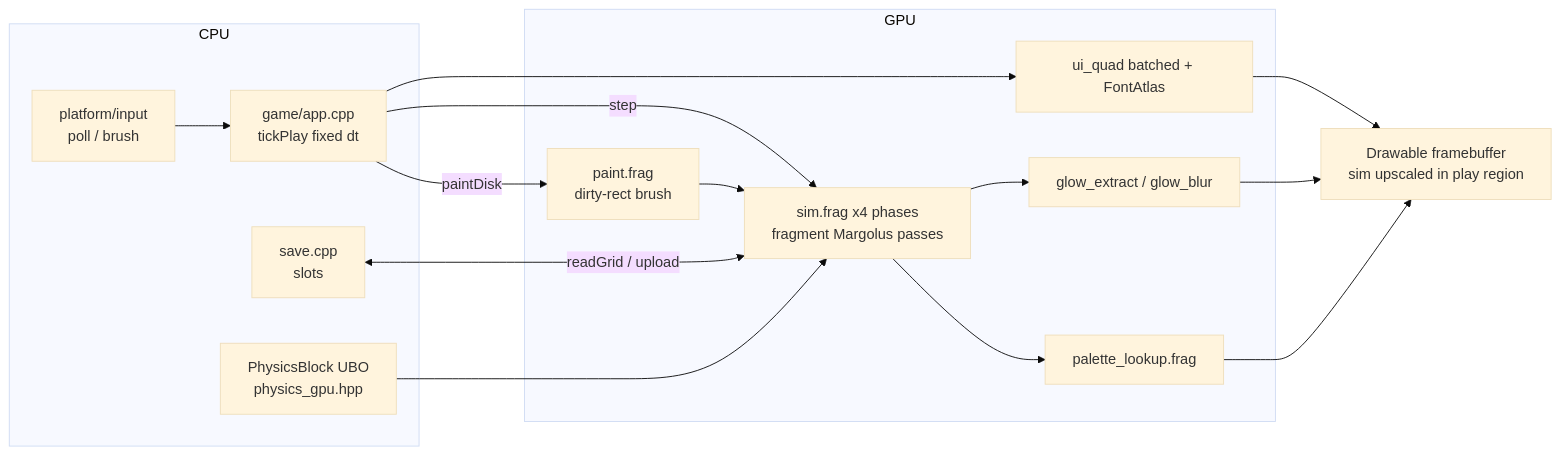
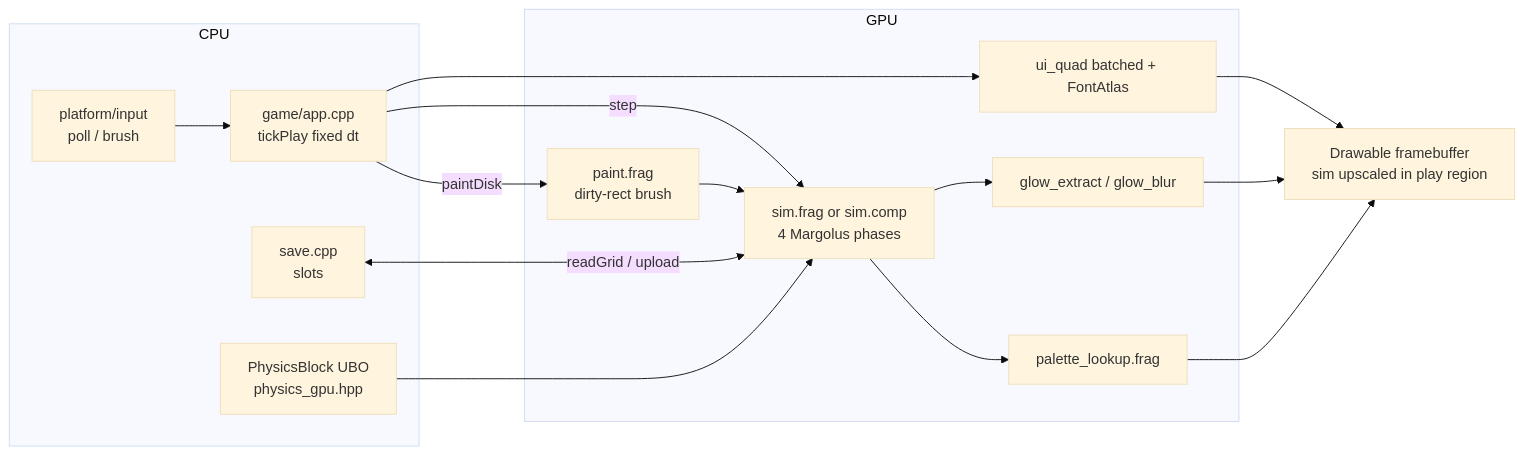
Before and after one commit to antoinebou12/nxsand: the diagram in docs/diagrams/sim-pipeline.mmd, drawn with Mermaid (base theme). The commit also changed 104 other files, not shown here.

```diff
--- a/docs/diagrams/sim-pipeline.mmd
+++ b/docs/diagrams/sim-pipeline.mmd
@@ -1,31 +1,31 @@
 %% NXSand play frame - GLES fragment CA (regenerate: docs/DIAGRAMS.md)
 flowchart LR
   subgraph CPU["CPU"]
     Input["platform/input\npoll / brush"]
     App["game/app.cpp\ntickPlay fixed dt"]
     Save["save.cpp\nslots"]
     Phys["PhysicsBlock UBO\nphysics_gpu.hpp"]
   end
 
   subgraph GPU["GPU"]
     Paint["paint.frag\ndirty-rect brush"]
-    Sim["sim.frag x4 phases\nfragment Margolus passes"]
+    Sim["sim.frag or sim.comp\n4 Margolus phases"]
     Pal["palette_lookup.frag"]
     Glow["glow_extract / glow_blur"]
     UI["ui_quad batched + FontAtlas"]
   end
 
   Present["Drawable framebuffer\nsim upscaled in play region"]
 
   Input --> App
   App -->|paintDisk| Paint
   Paint --> Sim
   App -->|step| Sim
   Phys --> Sim
   Save <-->|readGrid / upload| Sim
   Sim --> Pal
   Sim --> Glow
   Pal --> Present
   Glow --> Present
   App --> UI
   UI --> Present
```
